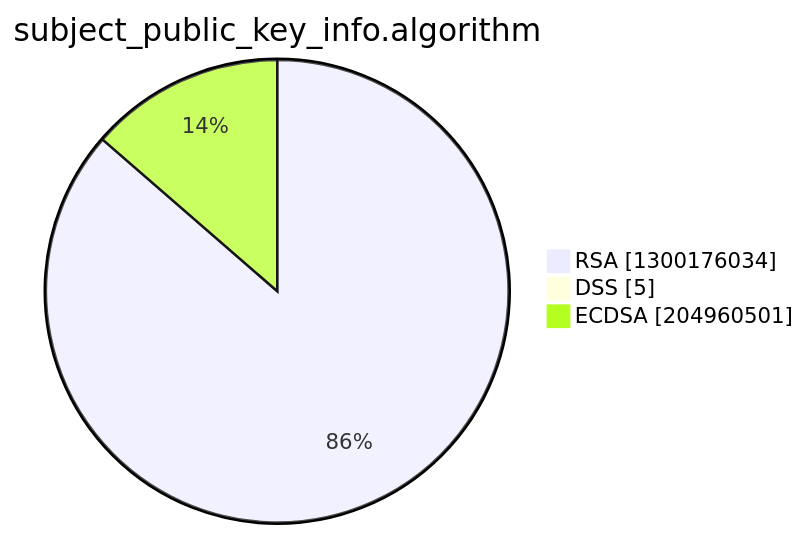
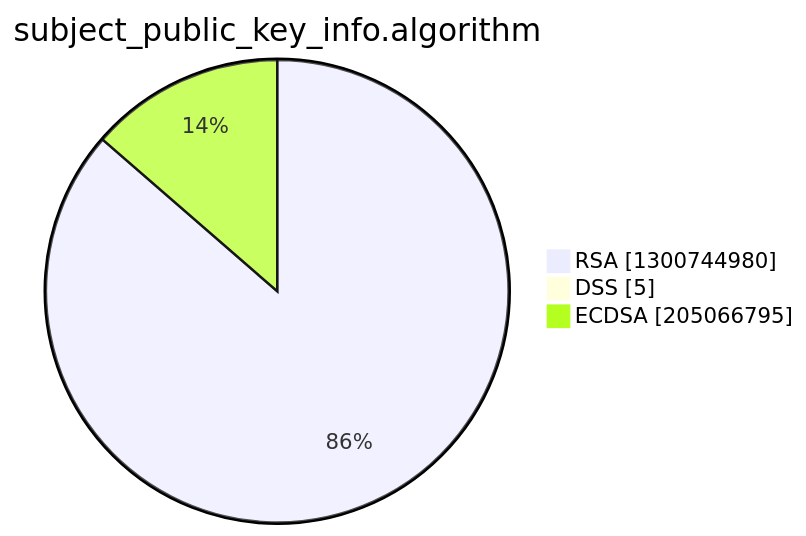
Before and after one commit to christiankrug/ctmonitor_visualization: the third of 15 diagrams in argon2022/README.md, drawn with Mermaid. The commit also changed other lines of this file, not shown here.

````diff
--- a/argon2022/README.md
+++ b/argon2022/README.md
@@ -14,7 +14,7 @@
 ```mermaid
 pie showData
 title subject_public_key_info.algorithm
-"RSA" :1300176034
+"RSA" :1300744980
 "DSS" :5
-"ECDSA" :204960501
+"ECDSA" :205066795
 ```
````
